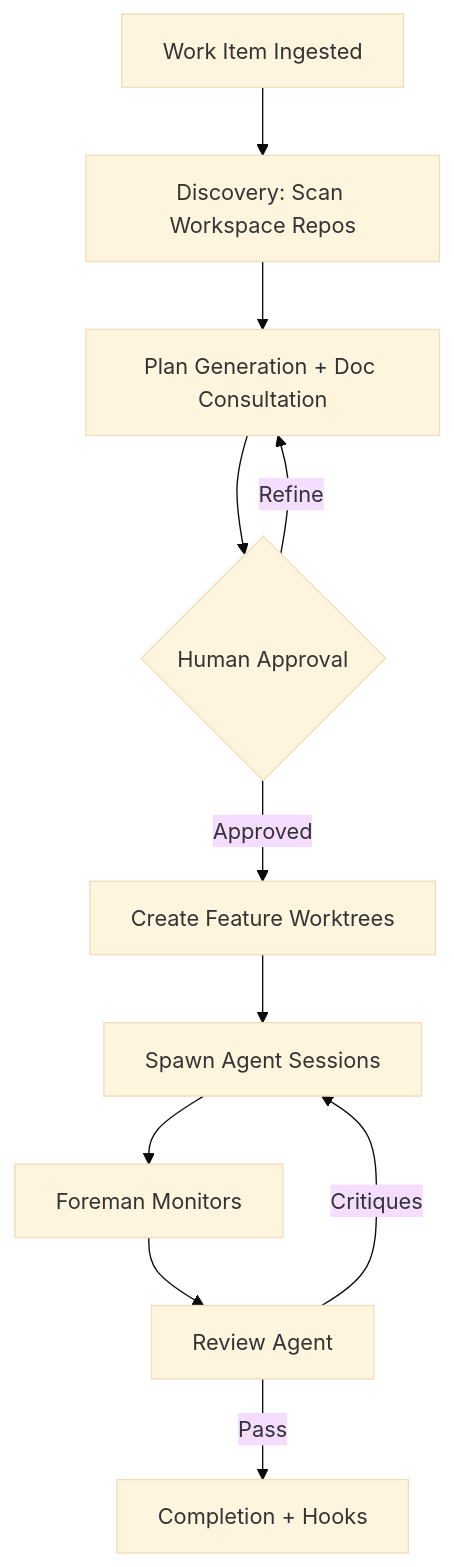
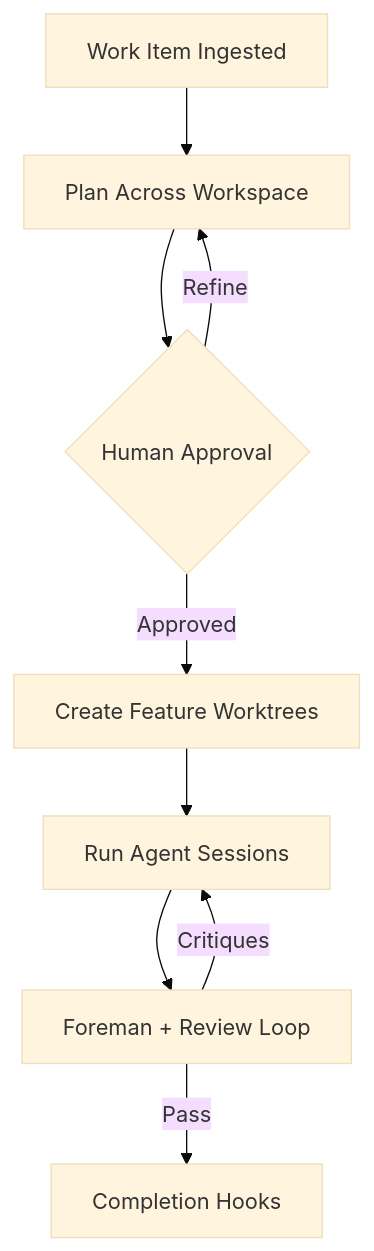
One commit to beeemT/substrate changed the diagram in docs/00-overview.md. Above: the diagram before and after it, drawn with Mermaid (base theme). The commit also changed other lines of this file and 11 other files, not shown here.

````diff
--- a/docs/00-overview.md
+++ b/docs/00-overview.md
@@ -22,13 +17,11 @@
 ```mermaid
 flowchart TD
-    A[Work Item Ingested] --> B[Discovery: Scan Workspace Repos]
-    B --> C[Plan Generation + Doc Consultation]
-    C --> D{Human Approval}
-    D -- Refine --> C
-    D -- Approved --> E[Create Feature Worktrees]
-    E --> F[Spawn Agent Sessions]
-    F --> G[Foreman Monitors]
-    G --> H[Review Agent]
-    H -- Critiques --> F
-    H -- Pass --> I[Completion + Hooks]
+    A[Work Item Ingested] --> B[Plan Across Workspace]
+    B --> C{Human Approval}
+    C -- Refine --> B
+    C -- Approved --> D[Create Feature Worktrees]
+    D --> E[Run Agent Sessions]
+    E --> F[Foreman + Review Loop]
+    F -- Critiques --> E
+    F -- Pass --> G[Completion Hooks]
 ```
````
